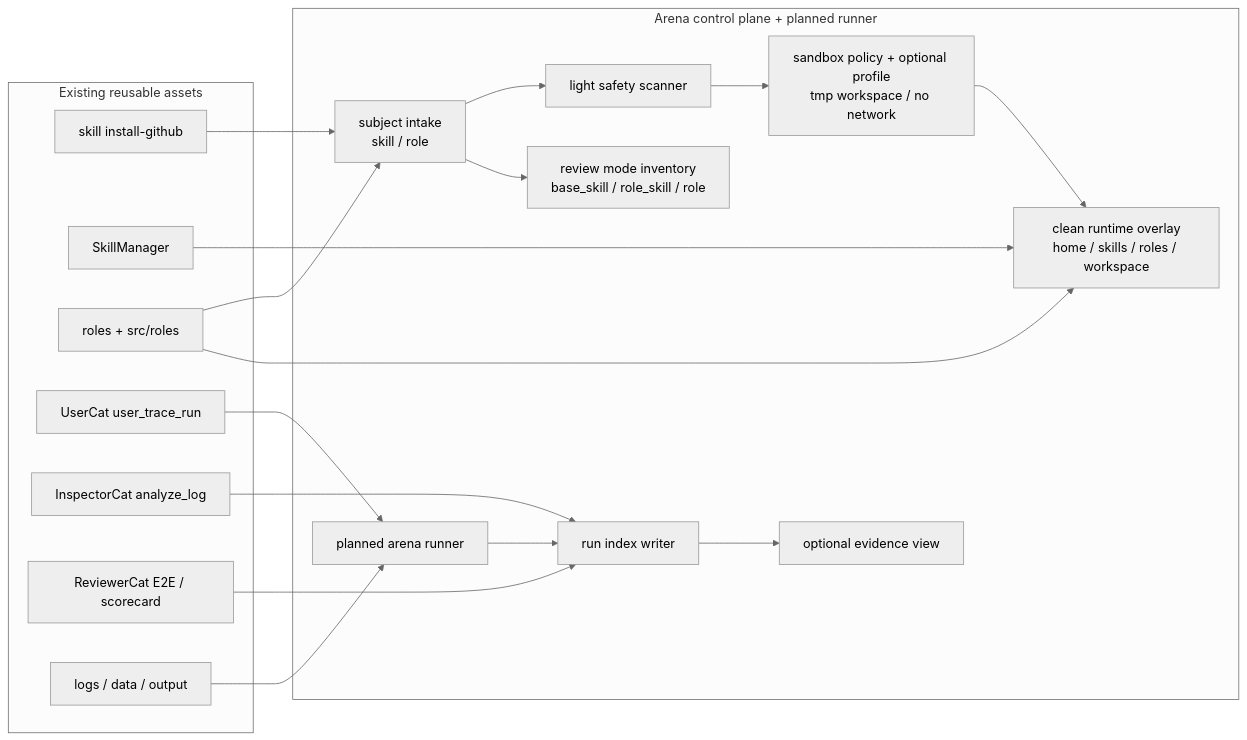
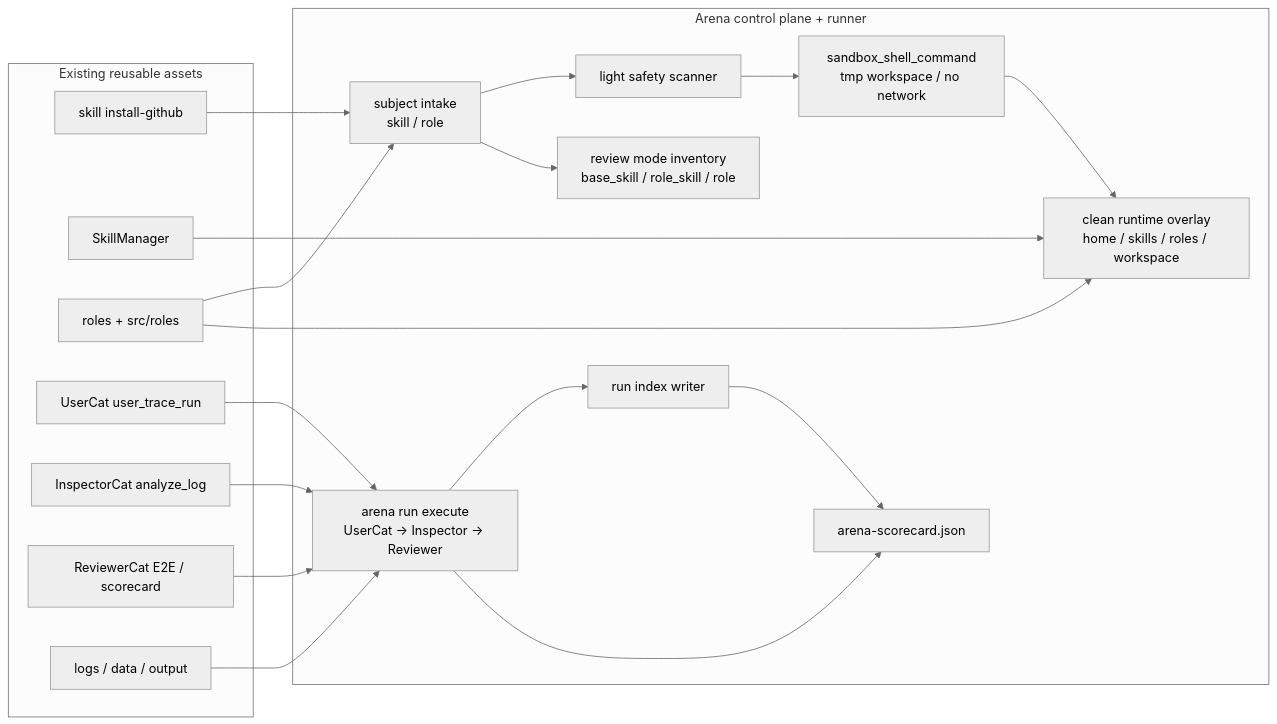
The diagram in docs/arena/PLAN.md (fightheyyy/XiaoBa-CLI), drawn with Mermaid (neutral theme) before and after one commit. The commit also changed other lines of this file and 65 other files, not shown here.

````diff
--- a/docs/arena/PLAN.md
+++ b/docs/arena/PLAN.md
@@ -36,38 +46,39 @@
 ```mermaid
 flowchart LR
     subgraph Existing["Existing reusable assets"]
         SkillCmd["skill install-github"]
         SkillManager["SkillManager"]
         Roles["roles + src/roles"]
         UserCat["UserCat user_trace_run"]
         Inspector["InspectorCat analyze_log"]
         Reviewer["ReviewerCat E2E / scorecard"]
         Evidence["logs / data / output"]
     end
 
-    subgraph Arena["Arena control plane + planned runner"]
+    subgraph Arena["Arena control plane + runner"]
         Intake["subject intake<br/>skill / role"]
         Profile["review mode inventory<br/>base_skill / role_skill / role"]
         Scanner["light safety scanner"]
-        Sandbox["sandbox policy + optional profile<br/>tmp workspace / no network"]
+        Sandbox["sandbox_shell_command<br/>tmp workspace / no network"]
         Overlay["clean runtime overlay<br/>home / skills / roles / workspace"]
-        Runner["planned arena runner"]
+        Runner["arena run execute<br/>UserCat -> Inspector -> Reviewer"]
         Index["run index writer"]
-        View["optional evidence view"]
+        Score["arena-scorecard.json"]
     end
 
     SkillCmd --> Intake
     SkillManager --> Overlay
     Roles --> Intake
     Roles --> Overlay
     UserCat --> Runner
-    Inspector --> Index
-    Reviewer --> Index
+    Inspector --> Runner
+    Reviewer --> Runner
     Evidence --> Runner
     Intake --> Scanner
     Intake --> Profile
     Scanner --> Sandbox
     Sandbox --> Overlay
     Runner --> Index
-    Index --> View
+    Runner --> Score
+    Index --> Score
 ```
````
